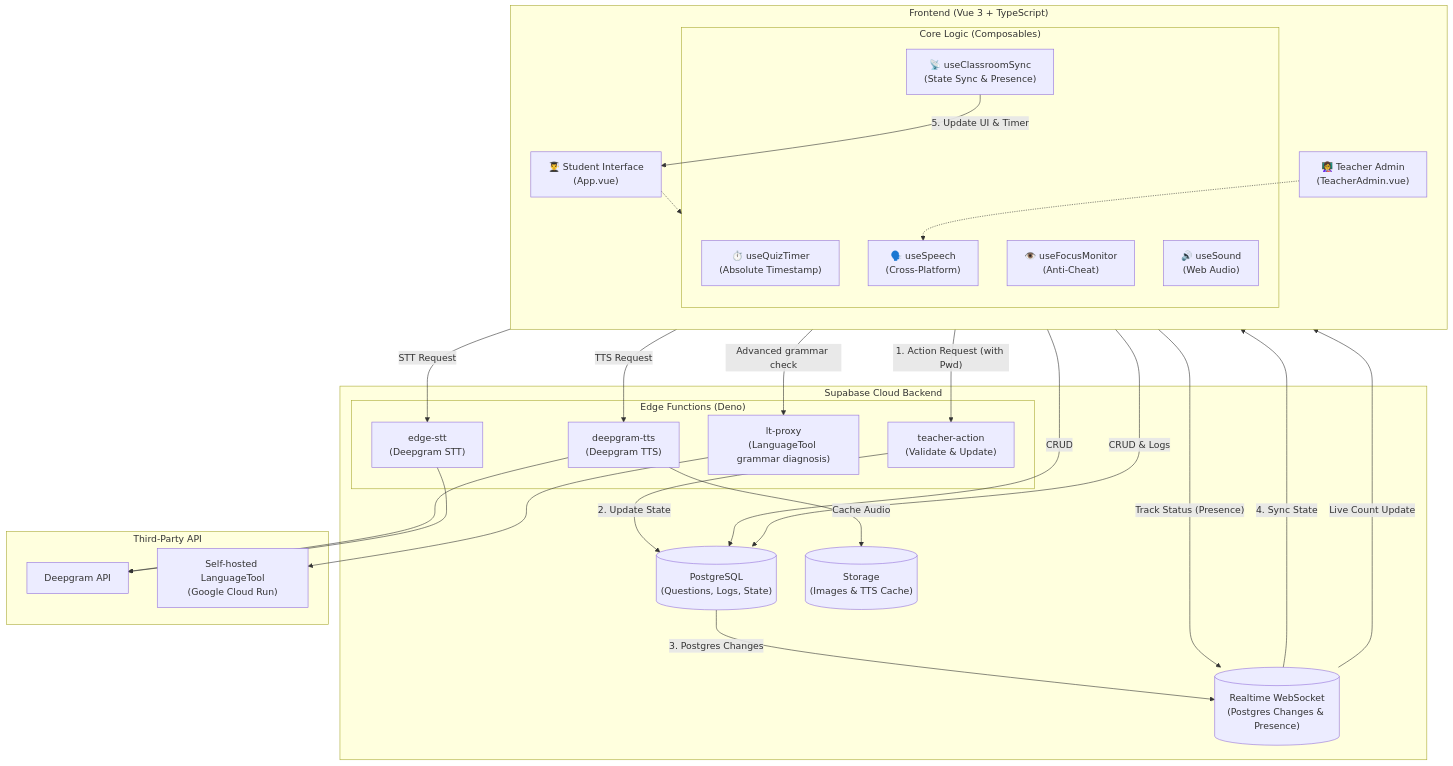
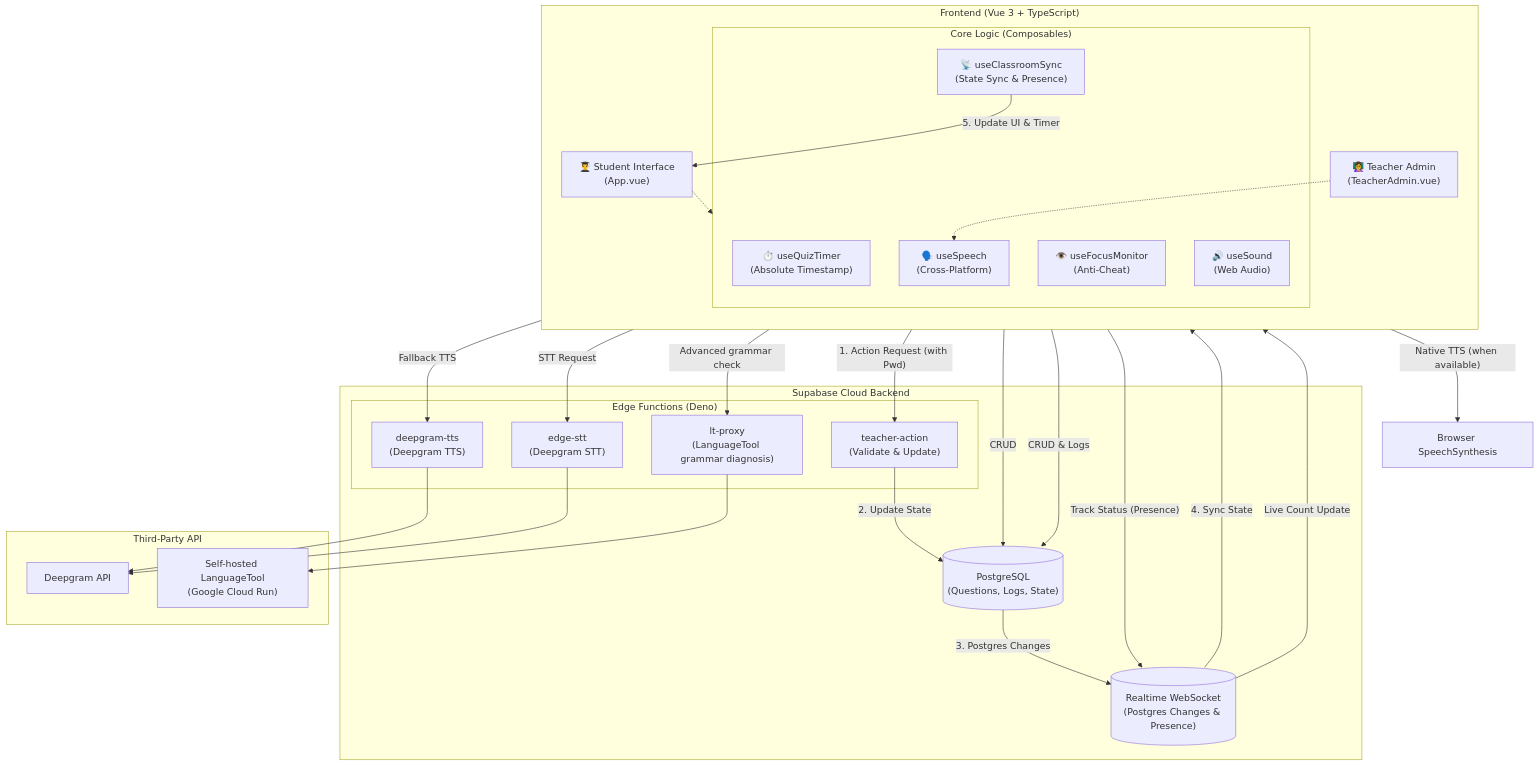
Before and after one commit to ylin3-learner/SyntaxHunt: the second of 3 diagrams in README.md, drawn with Mermaid. The commit also changed other lines of this file and 1 other file, not shown here.

````diff
--- a/README.md
+++ b/README.md
@@ -73,61 +73,60 @@
 ```mermaid
 graph TD
     subgraph Client ["Frontend (Vue 3 + TypeScript)"]
         direction TB
         AdminUI["👩‍🏫 Teacher Admin<br>(TeacherAdmin.vue)"]
         StudentUI["👨‍🎓 Student Interface<br>(App.vue)"]
         
         subgraph Composables ["Core Logic (Composables)"]
             Timer["⏱️ useQuizTimer<br>(Absolute Timestamp)"]
             Focus["👁️ useFocusMonitor<br>(Anti-Cheat)"]
             Sound["🔊 useSound<br>(Web Audio)"]
             Speech["🗣️ useSpeech<br>(Cross-Platform)"]
             Sync["📡 useClassroomSync<br>(State Sync & Presence)"]
         end
     end
 
     subgraph Supabase ["Supabase Cloud Backend"]
         DB[("PostgreSQL<br>(Questions, Logs, State)")]
         Realtime[("Realtime WebSocket<br>(Postgres Changes & Presence)")]
-        Storage[("Storage<br>(Images & TTS Cache)")]
-        
         subgraph EdgeFunctions ["Edge Functions (Deno)"]
             Action_Proxy["teacher-action<br>(Validate & Update)"]
             TTS_Proxy["deepgram-tts<br>(Deepgram TTS)"]
             STT_Proxy["edge-stt<br>(Deepgram STT)"]
             LT_Proxy["lt-proxy<br>(LanguageTool grammar diagnosis)"]
         end
     end
 
     subgraph ThirdParty ["Third-Party API"]
         Deepgram["Deepgram API"]
         LanguageTool["Self-hosted LanguageTool<br>(Google Cloud Run)"]
     end
+
+    BrowserTTS["Browser SpeechSynthesis"]
 
     %% Data Flow
     AdminUI -- "1. Action Request (with Pwd)" --> Action_Proxy
     Action_Proxy -- "2. Update State" --> DB
     DB -- "3. Postgres Changes" --> Realtime
     Realtime -- "4. Sync State" --> Sync
     Sync -- "5. Update UI & Timer" --> StudentUI
     
     %% Presence Flow
     StudentUI -- "Track Status (Presence)" --> Realtime
     Realtime -- "Live Count Update" --> AdminUI
     
     AdminUI -- "CRUD" --> DB
     StudentUI -- "CRUD & Logs" --> DB
     
-    StudentUI -- "TTS Request" --> TTS_Proxy
+    StudentUI -- "Native TTS (when available)" --> BrowserTTS
+    StudentUI -- "Fallback TTS" --> TTS_Proxy
     TTS_Proxy --> Deepgram
-    TTS_Proxy -- "Cache Audio" --> Storage
-    
     StudentUI -- "STT Request" --> STT_Proxy
     STT_Proxy --> Deepgram
     StudentUI -- "Advanced grammar check" --> LT_Proxy
     LT_Proxy --> LanguageTool
 
     %% Logic Dependencies
     StudentUI -.-> Composables
     AdminUI -.-> Speech
 ```
````
